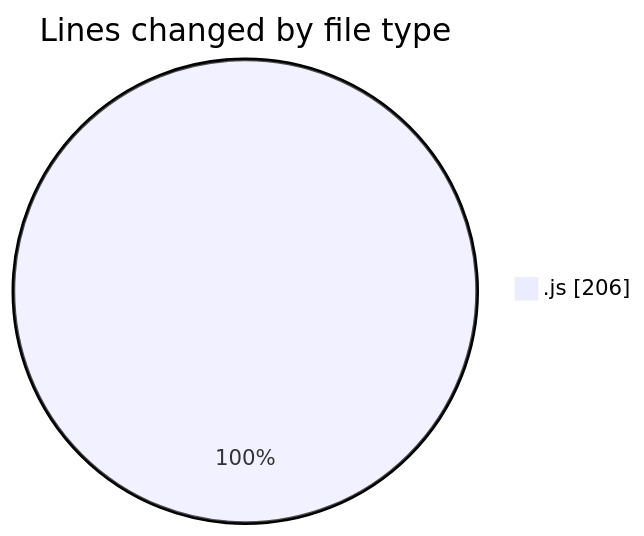
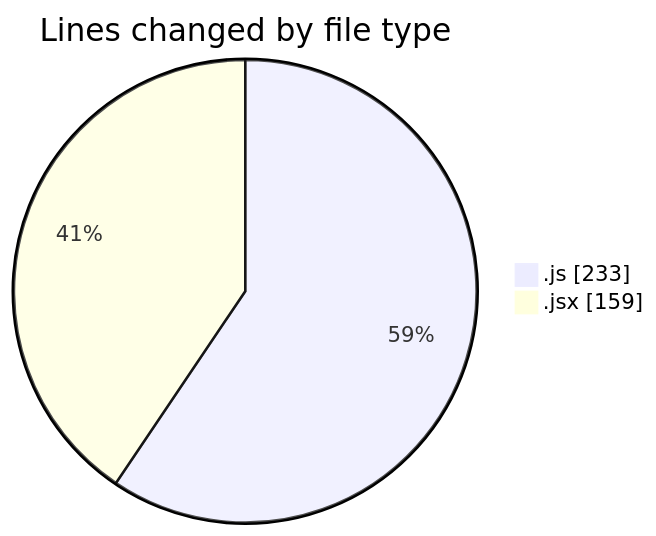
The first of 2 diagrams in 2025-07-01/urlwebwalatask/README.md (Ritupan-Deka/code-tracking), drawn with Mermaid before and after one commit. The commit also changed other lines of this file and 1 other file, not shown here.

````diff
--- a/2025-07-01/urlwebwalatask/README.md
+++ b/2025-07-01/urlwebwalatask/README.md
@@ -21,5 +24,6 @@
 ```mermaid
 pie showData
 title Lines changed by file type
-".js" : 206
+".js" : 233
+".jsx" : 159
 ```
````
